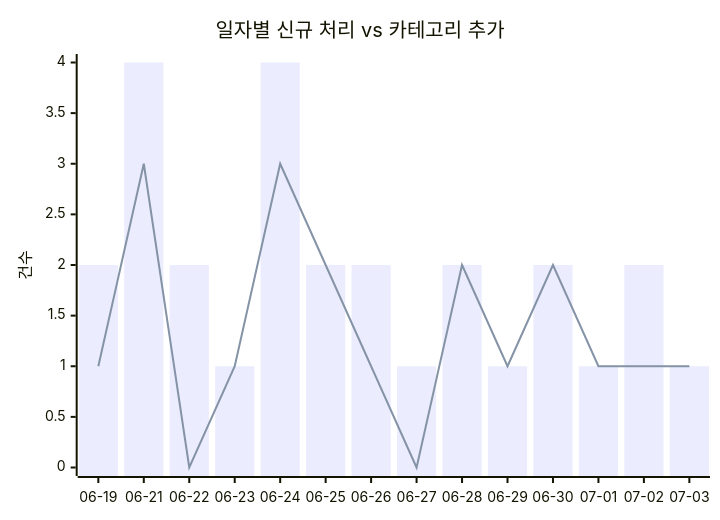
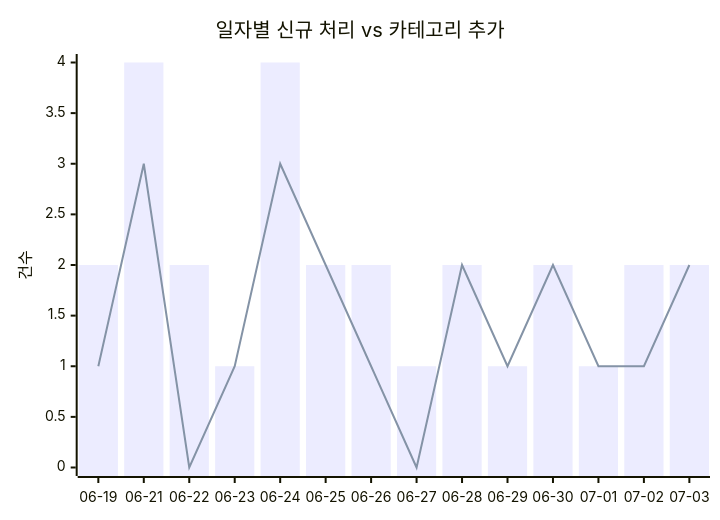
One commit to J-nowcow/awesome-korean-agent-skills changed the first of 2 diagrams in docs/trends.md. Above: the diagram before and after it, drawn with Mermaid. The commit also changed other lines of this file and 3 other files, not shown here.

````diff
--- a/docs/trends.md
+++ b/docs/trends.md
@@ -32,8 +32,8 @@
 ```mermaid
 xychart-beta
     title "일자별 신규 처리 vs 카테고리 추가"
     x-axis ["06-19","06-21","06-22","06-23","06-24","06-25","06-26","06-27","06-28","06-29","06-30","07-01","07-02","07-03"]
     y-axis "건수"
-    bar [2,4,2,1,4,2,2,1,2,1,2,1,2,1]
-    line [1,3,0,1,3,2,1,0,2,1,2,1,1,1]
+    bar [2,4,2,1,4,2,2,1,2,1,2,1,2,2]
+    line [1,3,0,1,3,2,1,0,2,1,2,1,1,2]
 ```
````
